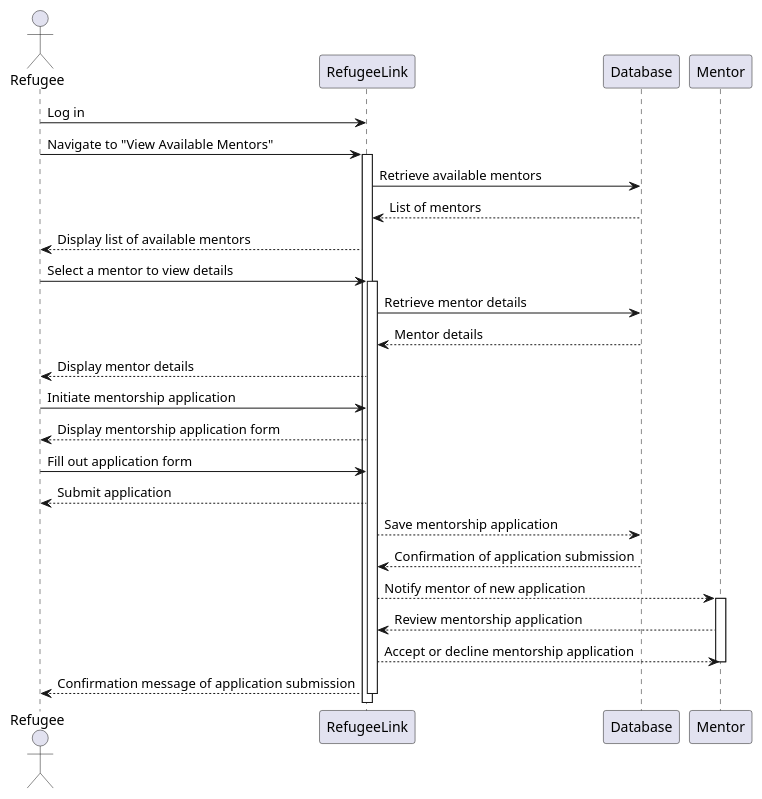
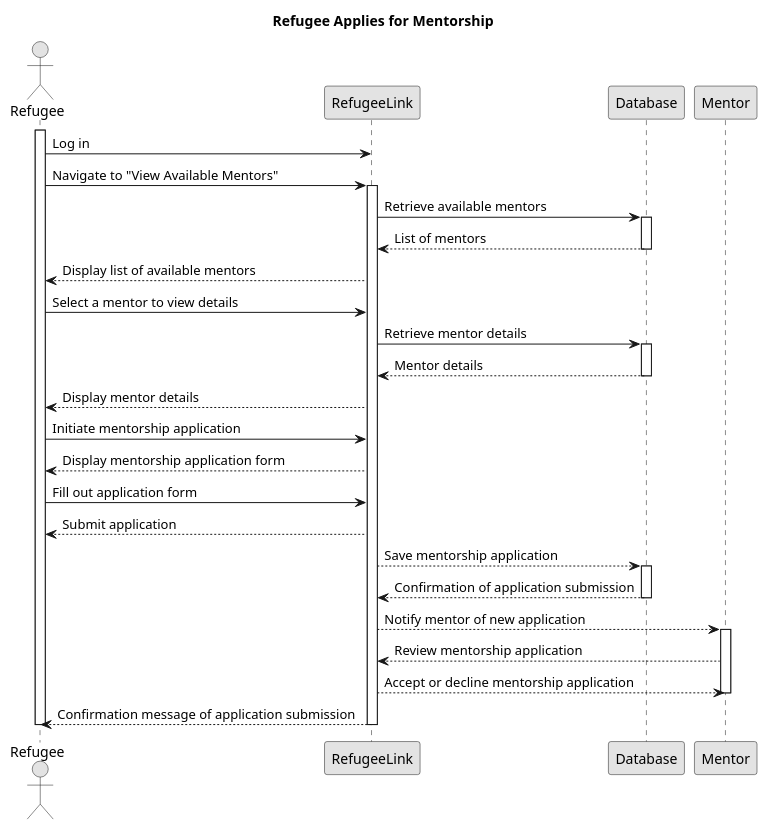
One commit to kanzodotjava/RefugeeLINK changed the diagram in Doc/use-Cases/uc023/sequenceDiagram/sequenceDiagram023.puml. Above: the diagram before and after it, drawn with PlantUML. The commit also changed 36 other files, not shown here.

Commit message:
Updated diagrams

```diff
--- a/Doc/use-Cases/uc023/sequenceDiagram/sequenceDiagram023.puml
+++ b/Doc/use-Cases/uc023/sequenceDiagram/sequenceDiagram023.puml
@@ -1,41 +1,57 @@
 @startuml
+skinparam monochrome true
+skinparam packageStyle rectangle
+skinparam shadowing false
+
+title Refugee Applies for Mentorship
 
 actor Refugee
-Refugee -> RefugeeLink: Log in
-Refugee -> RefugeeLink: Navigate to "View Available Mentors"
+participant "RefugeeLink" as RL
+participant "Database" as DB
+participant "Mentor"
 
-activate RefugeeLink
+activate Refugee
 
-RefugeeLink -> Database: Retrieve available mentors
-Database --> RefugeeLink: List of mentors
+Refugee -> RL : Log in
+Refugee -> RL : Navigate to "View Available Mentors"
+activate RL
 
-RefugeeLink --> Refugee: Display list of available mentors
+RL -> DB : Retrieve available mentors
+activate DB
+DB --> RL : List of mentors
+deactivate DB
 
-Refugee -> RefugeeLink: Select a mentor to view details
-activate RefugeeLink
+RL --> Refugee : Display list of available mentors
 
-RefugeeLink -> Database: Retrieve mentor details
-Database --> RefugeeLink: Mentor details
+Refugee -> RL : Select a mentor to view details
 
-RefugeeLink --> Refugee: Display mentor details
+RL -> DB : Retrieve mentor details
+activate DB
+DB --> RL : Mentor details
+deactivate DB
 
-Refugee -> RefugeeLink: Initiate mentorship application
-RefugeeLink --> Refugee: Display mentorship application form
+RL --> Refugee : Display mentor details
 
-Refugee -> RefugeeLink: Fill out application form
-RefugeeLink --> Refugee: Submit application
+Refugee -> RL : Initiate mentorship application
+RL --> Refugee : Display mentorship application form
 
-RefugeeLink --> Database: Save mentorship application
-Database --> RefugeeLink: Confirmation of application submission
+Refugee -> RL : Fill out application form
+RL --> Refugee : Submit application
 
-RefugeeLink --> Mentor: Notify mentor of new application
+RL --> DB : Save mentorship application
+activate DB
+DB --> RL : Confirmation of application submission
+deactivate DB
+
+RL --> Mentor : Notify mentor of new application
 activate Mentor
-Mentor --> RefugeeLink: Review mentorship application
-RefugeeLink --> Mentor: Accept or decline mentorship application
+Mentor --> RL : Review mentorship application
+RL --> Mentor : Accept or decline mentorship application
 deactivate Mentor
 
-RefugeeLink --> Refugee: Confirmation message of application submission
+RL --> Refugee : Confirmation message of application submission
 
-deactivate RefugeeLink
+deactivate RL
+deactivate Refugee
 
 @enduml
```
